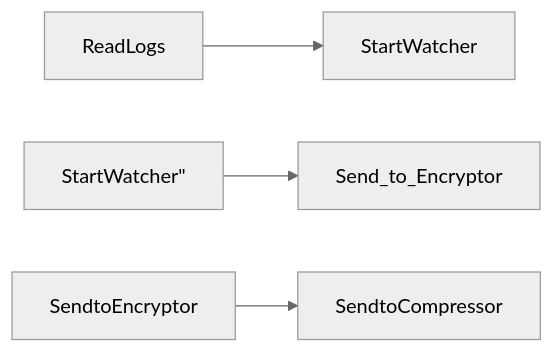
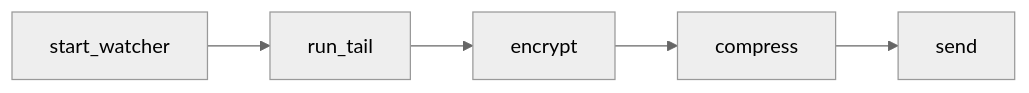
One commit to endepointe/watchlog changed the diagram in docs/README.md. Above: the diagram before and after it, drawn with Mermaid (neutral theme). The commit also changed other lines of this file and 1 other file, not shown here.

````diff
--- a/docs/README.md
+++ b/docs/README.md
@@ -106,6 +109,7 @@
 ```mermaid
 graph LR;
-    ReadLogs-->StartWatcher;
-    StartWatcher"-->Send_to_Encryptor;
-    SendtoEncryptor-->SendtoCompressor;
+    start_watcher-->run_tail;
+    run_tail-->encrypt;
+    encrypt-->compress;
+    compress-->send;
 ``` 
````
